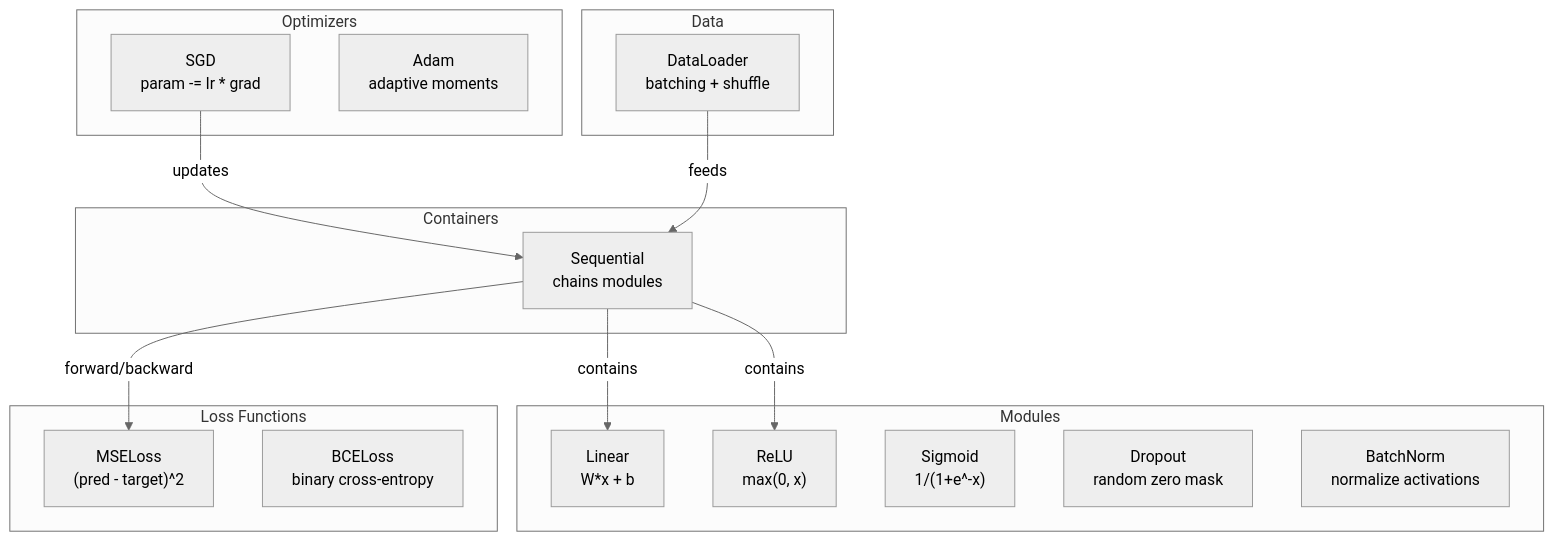
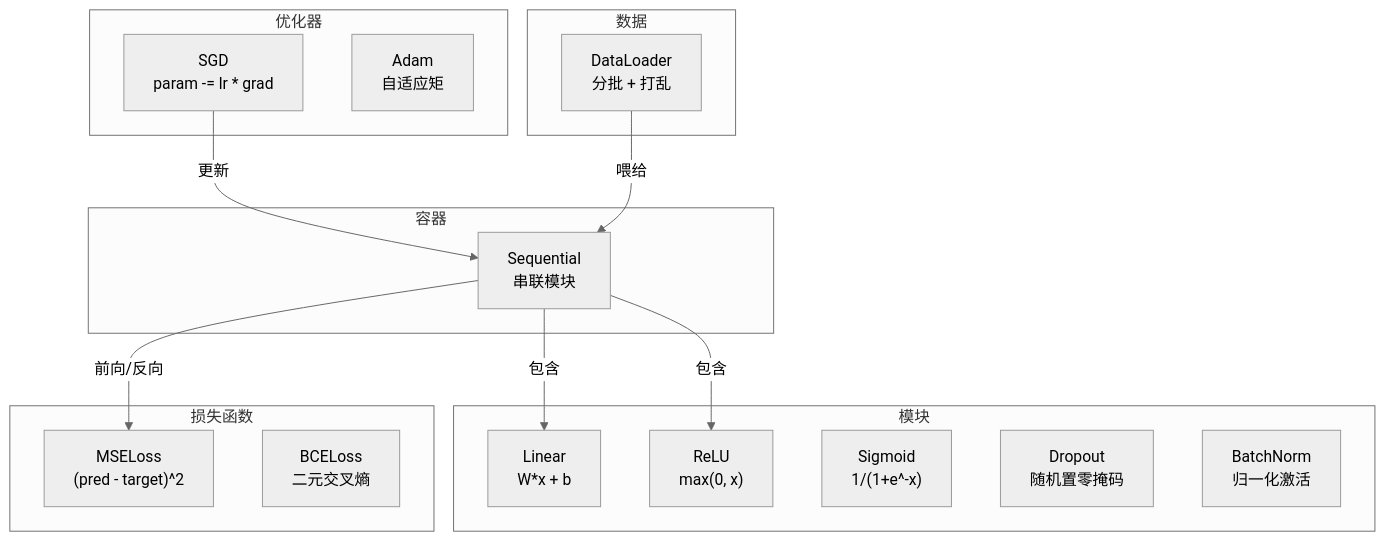
One commit to alessandrodinisio-ai/ai-engineering-learning-framework changed the first of 3 diagrams in phases/03-deep-learning-core/10-mini-framework/docs/zh.md. Above: the diagram before and after it, drawn with Mermaid (neutral theme). The commit also changed other lines of this file and 120 other files, not shown here.

First line of the commit message:
i18n(mermaid): 337 个 mermaid 图表标签中文化

````diff
--- a/phases/03-deep-learning-core/10-mini-framework/docs/zh.md
+++ b/phases/03-deep-learning-core/10-mini-framework/docs/zh.md
@@ -57,34 +57,34 @@
 ```mermaid
 graph TD
-    subgraph "Modules"
+    subgraph "模块"
         Linear["Linear<br/>W*x + b"]
         ReLU["ReLU<br/>max(0, x)"]
         Sigmoid["Sigmoid<br/>1/(1+e^-x)"]
-        Dropout["Dropout<br/>random zero mask"]
-        BatchNorm["BatchNorm<br/>normalize activations"]
+        Dropout["Dropout<br/>随机置零掩码"]
+        BatchNorm["BatchNorm<br/>归一化激活"]
     end
 
-    subgraph "Containers"
-        Sequential["Sequential<br/>chains modules"]
+    subgraph "容器"
+        Sequential["Sequential<br/>串联模块"]
     end
 
-    subgraph "Loss Functions"
+    subgraph "损失函数"
         MSE["MSELoss<br/>(pred - target)^2"]
-        BCE["BCELoss<br/>binary cross-entropy"]
+        BCE["BCELoss<br/>二元交叉熵"]
     end
 
-    subgraph "Optimizers"
+    subgraph "优化器"
         SGD["SGD<br/>param -= lr * grad"]
-        Adam["Adam<br/>adaptive moments"]
+        Adam["Adam<br/>自适应矩"]
     end
 
-    subgraph "Data"
-        DataLoader["DataLoader<br/>batching + shuffle"]
+    subgraph "数据"
+        DataLoader["DataLoader<br/>分批 + 打乱"]
     end
 
-    Sequential --> |"contains"| Linear
-    Sequential --> |"contains"| ReLU
-    Sequential --> |"forward/backward"| MSE
-    SGD --> |"updates"| Sequential
-    DataLoader --> |"feeds"| Sequential
+    Sequential --> |"包含"| Linear
+    Sequential --> |"包含"| ReLU
+    Sequential --> |"前向/反向"| MSE
+    SGD --> |"更新"| Sequential
+    DataLoader --> |"喂给"| Sequential
 ```
````
